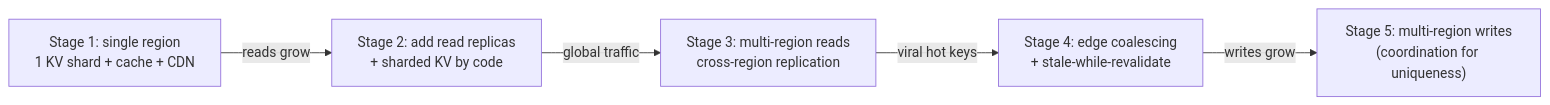
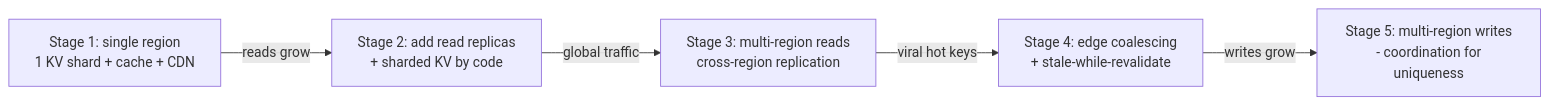
One commit to RIT-MESH/system-design-mastery changed the fourth of 4 diagrams in case-studies/beginner/url-shortener.md. Above: the diagram before and after it, drawn with Mermaid. The commit also changed other lines of this file and 139 other files, not shown here.

First line of the commit message:
Fix Mermaid parse errors: replace parentheses in node labels across 140 files

````diff
--- a/case-studies/beginner/url-shortener.md
+++ b/case-studies/beginner/url-shortener.md
@@ -280,9 +280,9 @@
 ```mermaid
 %% created-for: system-design-mastery
 flowchart LR
   S1["Stage 1: single region<br/>1 KV shard + cache + CDN"]
   S1 -->|"reads grow"| S2["Stage 2: add read replicas<br/>+ sharded KV by code"]
   S2 -->|"global traffic"| S3["Stage 3: multi-region reads<br/>cross-region replication"]
   S3 -->|"viral hot keys"| S4["Stage 4: edge coalescing<br/>+ stale-while-revalidate"]
-  S4 -->|"writes grow"| S5["Stage 5: multi-region writes<br/>(coordination for uniqueness)"]
+  S4 -->|"writes grow"| S5["Stage 5: multi-region writes<br/> - coordination for uniqueness"]
 ```
````
